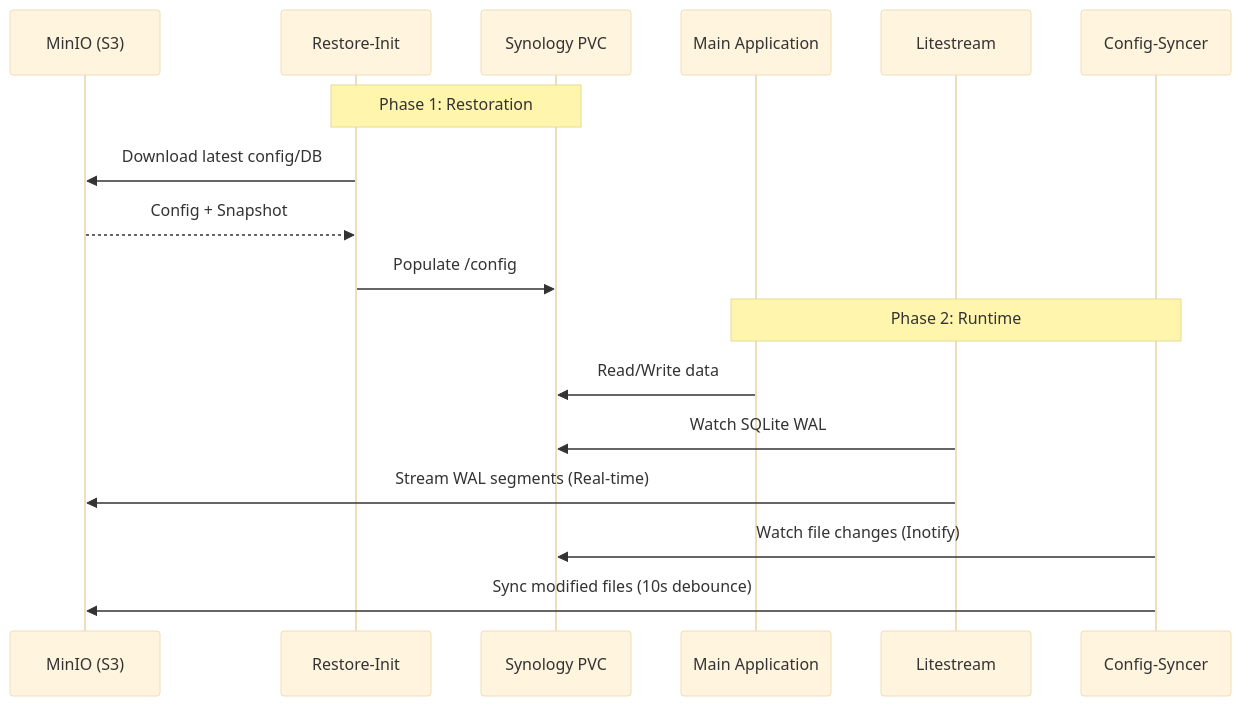
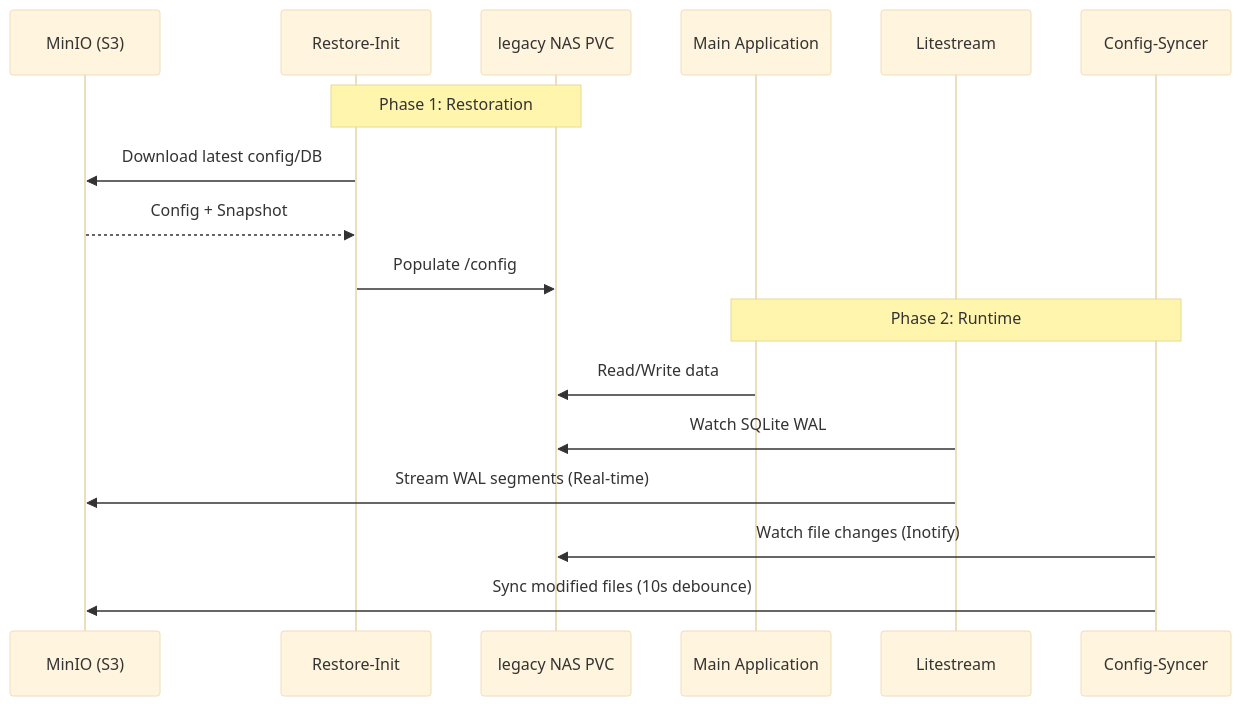
One commit to charchess/vixens changed the diagram in docs/architecture.md. Above: the diagram before and after it, drawn with Mermaid (base theme). The commit also changed other lines of this file and 25 other files, not shown here.

````diff
--- a/docs/architecture.md
+++ b/docs/architecture.md
@@ -88,21 +88,21 @@
 ```mermaid
 sequenceDiagram
     participant S3 as MinIO (S3)
     participant Init as Restore-Init
-    participant PVC as Synology PVC
+    participant PVC as legacy NAS PVC
     participant App as Main Application
     participant LS as Litestream
     participant CS as Config-Syncer
 
     Note over Init, PVC: Phase 1: Restoration
     Init->>S3: Download latest config/DB
     S3-->>Init: Config + Snapshot
     Init->>PVC: Populate /config
     
     Note over App, CS: Phase 2: Runtime
     App->>PVC: Read/Write data
     LS->>PVC: Watch SQLite WAL
     LS->>S3: Stream WAL segments (Real-time)
     CS->>PVC: Watch file changes (Inotify)
     CS->>S3: Sync modified files (10s debounce)
 ```
````
